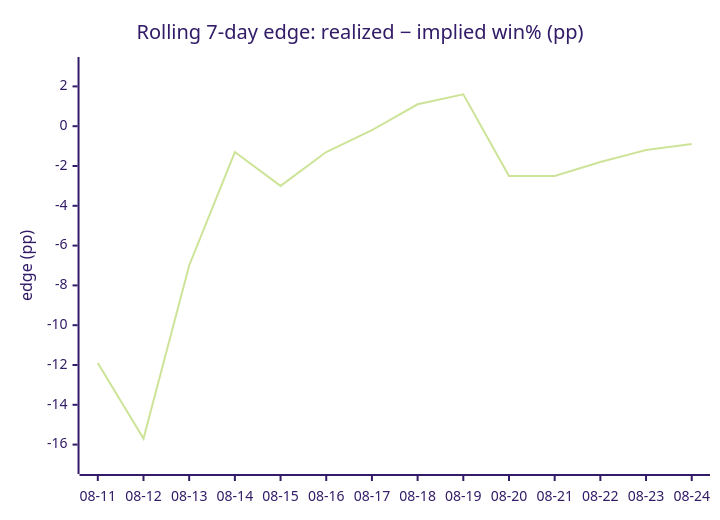
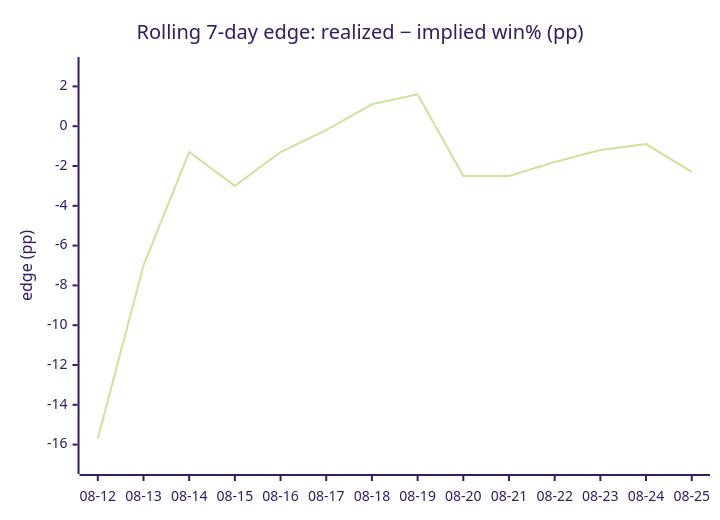
One commit to dpk1212/nhl-savant changed the fourth of 4 diagrams in DAILY_AGSU_REPORT.md. Above: the diagram before and after it, drawn with Mermaid (forest theme). The commit also changed other lines of this file, not shown here.

````diff
--- a/DAILY_AGSU_REPORT.md
+++ b/DAILY_AGSU_REPORT.md
@@ -850,7 +847,7 @@
 ```mermaid
 xychart-beta
     title "Rolling 7-day edge: realized − implied win% (pp)"
-    x-axis ["08-11", "08-12", "08-13", "08-14", "08-15", "08-16", "08-17", "08-18", "08-19", "08-20", "08-21", "08-22", "08-23", "08-24"]
+    x-axis ["08-12", "08-13", "08-14", "08-15", "08-16", "08-17", "08-18", "08-19", "08-20", "08-21", "08-22", "08-23", "08-24", "08-25"]
     y-axis "edge (pp)" -17 --> 3
-    line [-11.9, -15.7, -7, -1.3, -3, -1.3, -0.2, 1.1, 1.6, -2.5, -2.5, -1.8, -1.2, -0.9]
+    line [-15.7, -7, -1.3, -3, -1.3, -0.2, 1.1, 1.6, -2.5, -2.5, -1.8, -1.2, -0.9, -2.3]
 ```
````
